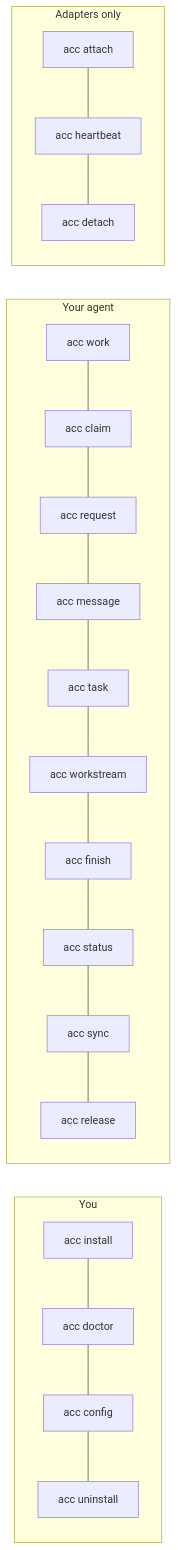
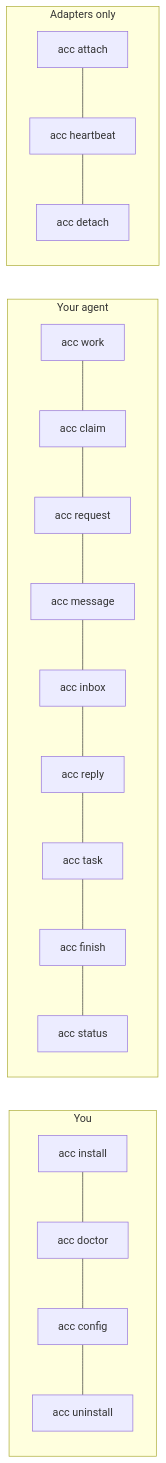
The diagram in docs/CLI.md (automatis-tools/agents-can-communicate), drawn with Mermaid before and after one commit. The commit also changed other lines of this file and 21 other files, not shown here.

````diff
--- a/docs/CLI.md
+++ b/docs/CLI.md
@@ -28,12 +28,12 @@
 ```mermaid
 graph LR
   subgraph You
     I[acc install] --- D[acc doctor] --- CF[acc config] --- UN[acc uninstall]
   end
   subgraph Your agent
-    W[acc work] --- CL[acc claim] --- RQ[acc request] --- MS[acc message] --- TK[acc task] --- WS[acc workstream] --- FN[acc finish] --- ST[acc status] --- SY[acc sync] --- RL[acc release]
+    W[acc work] --- CL[acc claim] --- RQ[acc request] --- MS[acc message] --- IN[acc inbox] --- RP[acc reply] --- TK[acc task] --- FN[acc finish] --- ST[acc status]
   end
   subgraph Adapters only
     AT[acc attach] --- HB[acc heartbeat] --- DT[acc detach]
   end
 ```
````
